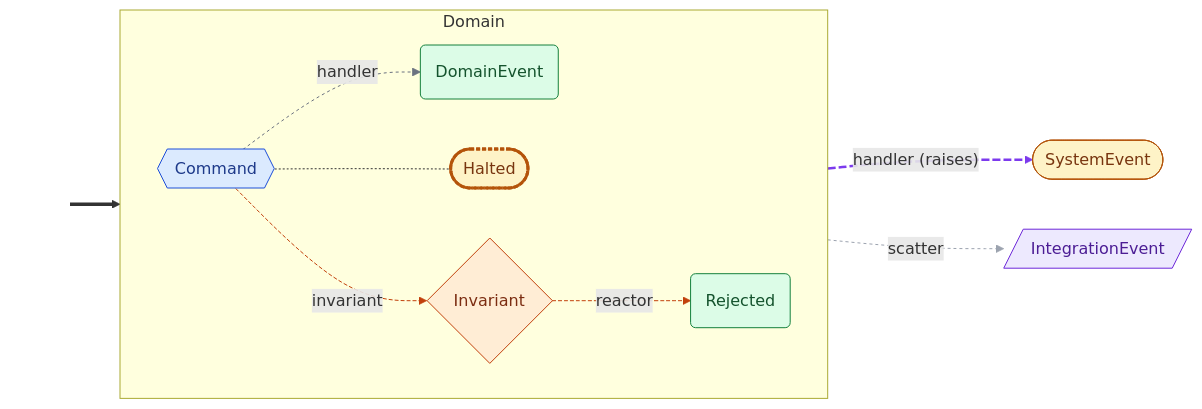
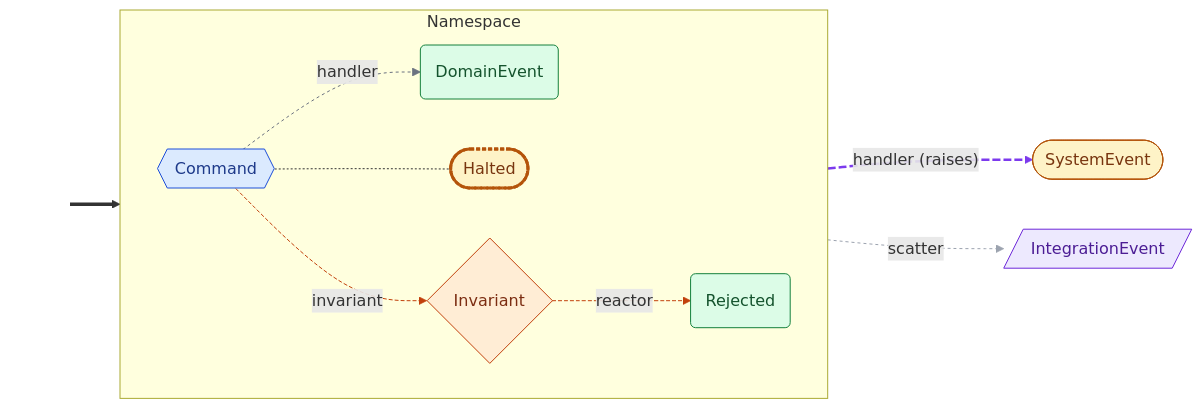
One commit to cadance-io/langgraph-events changed the first of 2 diagrams in examples/error_recovery.graph.md. Above: the diagram before and after it, drawn with Mermaid. The commit also changed other lines of this file and 44 other files, not shown here.

````diff
--- a/examples/error_recovery.graph.md
+++ b/examples/error_recovery.graph.md
@@ -7,30 +7,30 @@
 ```mermaid
 graph LR
     classDef entry fill:none,stroke:none,color:none
     classDef cmd fill:#dbeafe,stroke:#1d4ed8,color:#1e3a8a
     classDef devt fill:#dcfce7,stroke:#15803d,color:#14532d
     classDef intg fill:#ede9fe,stroke:#6d28d9,color:#4c1d95
     classDef syst fill:#fef3c7,stroke:#b45309,color:#78350f
     classDef halt fill:#fef3c7,stroke:#b45309,color:#78350f,stroke-width:3px,stroke-dasharray:4 2
     classDef inv fill:#ffedd5,stroke:#c2410c,color:#7c2d12
-    subgraph Example["Domain"]
+    subgraph Example["Namespace"]
       direction LR
       Command{{Command}}:::cmd
       DomainEvent(DomainEvent):::devt
       Halted([Halted]):::halt
       Invariant{Invariant}:::inv
       Rejected(Rejected):::devt
     end
     IntegrationEvent[/IntegrationEvent/]:::intg
     SystemEvent([SystemEvent]):::syst
     _seed_[ ]:::entry ==> Command
     Command -->|handler| DomainEvent
     Command -.->|"handler (raises)"| SystemEvent
     Command -.->|scatter| IntegrationEvent
     Command -.- Halted
     Command -.->|invariant| Invariant -.->|reactor| Rejected
     linkStyle 1 stroke:#6b7280,stroke-dasharray:3 3
     linkStyle 2 stroke:#7c3aed,stroke-width:2.5px,stroke-dasharray:8 3
     linkStyle 3 stroke:#9ca3af,stroke-dasharray:3 3
     linkStyle 5,6 stroke:#c2410c,stroke-dasharray:4 2
 ```
````
